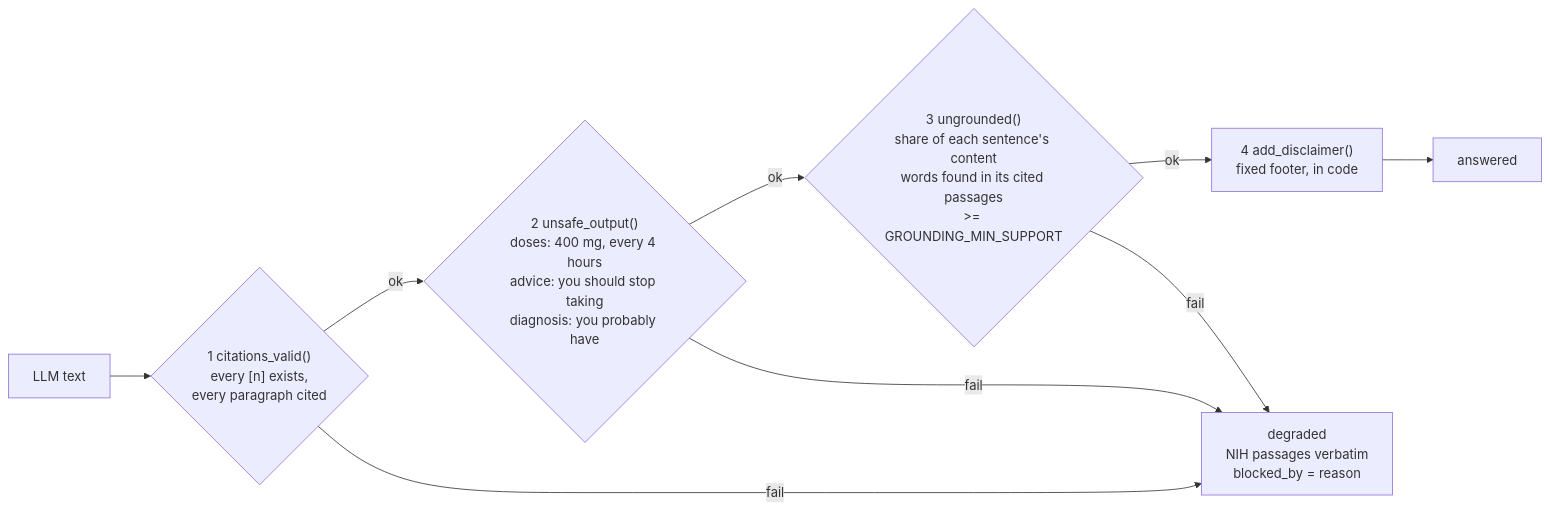
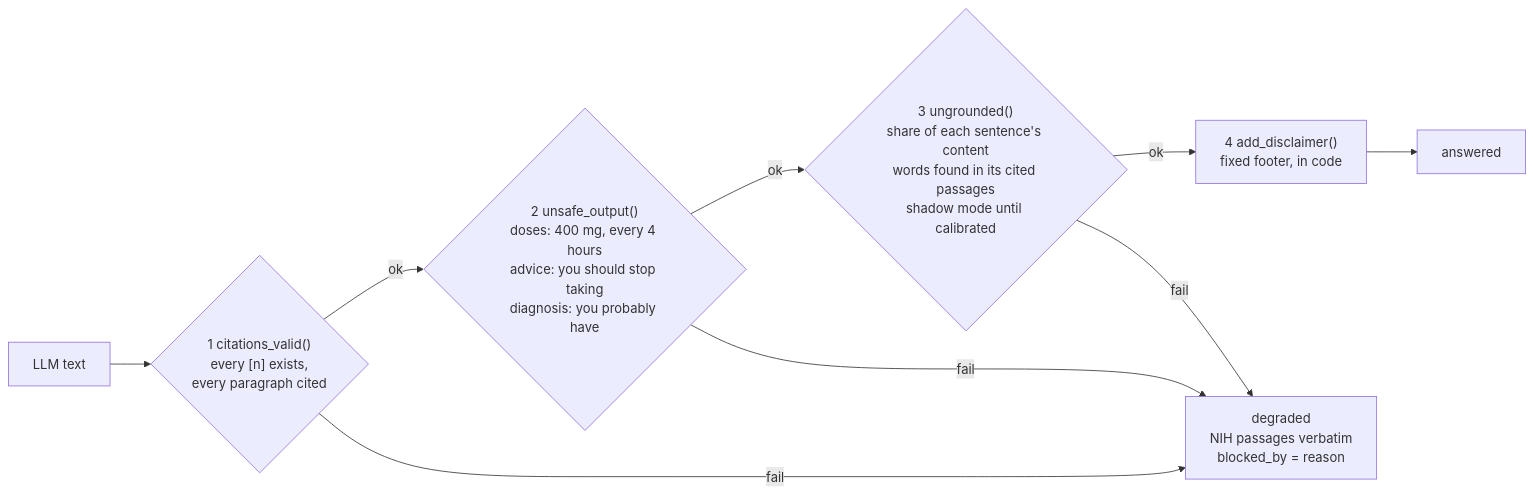
One commit to pavanaditya123/healthcare-rag-assistant changed the fourth of 14 diagrams in README.md. Above: the diagram before and after it, drawn with Mermaid. The commit also changed other lines of this file, not shown here.

Commit message:
README: current models, grounding guardrail in shadow mode, model-retirement limitation

````diff
--- a/README.md
+++ b/README.md
@@ -204,11 +204,11 @@
 ```mermaid
 flowchart LR
     T["LLM text"] --> C1{"1 citations_valid()<br/>every [n] exists,<br/>every paragraph cited"}
     C1 -- ok --> C2{"2 unsafe_output()<br/>doses: 400 mg, every 4 hours<br/>advice: you should stop taking<br/>diagnosis: you probably have"}
-    C2 -- ok --> C3{"3 ungrounded()<br/>share of each sentence's content<br/>words found in its cited passages<br/>>= GROUNDING_MIN_SUPPORT"}
+    C2 -- ok --> C3{"3 ungrounded()<br/>share of each sentence's content<br/>words found in its cited passages<br/>shadow mode until calibrated"}
     C3 -- ok --> D["4 add_disclaimer()<br/>fixed footer, in code"]
     D --> OK["answered"]
     C1 -- fail --> DG["degraded<br/>NIH passages verbatim<br/>blocked_by = reason"]
     C2 -- fail --> DG
     C3 -- fail --> DG
 ```
````
